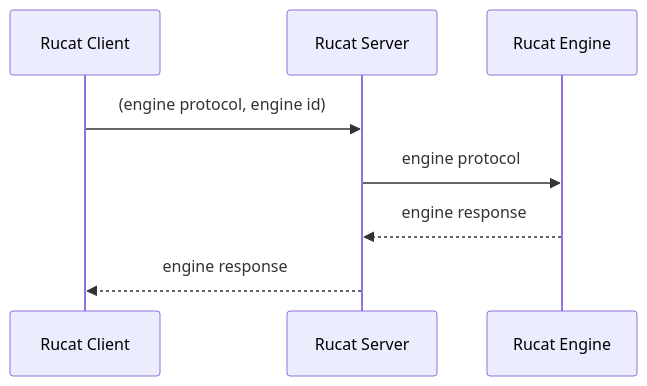
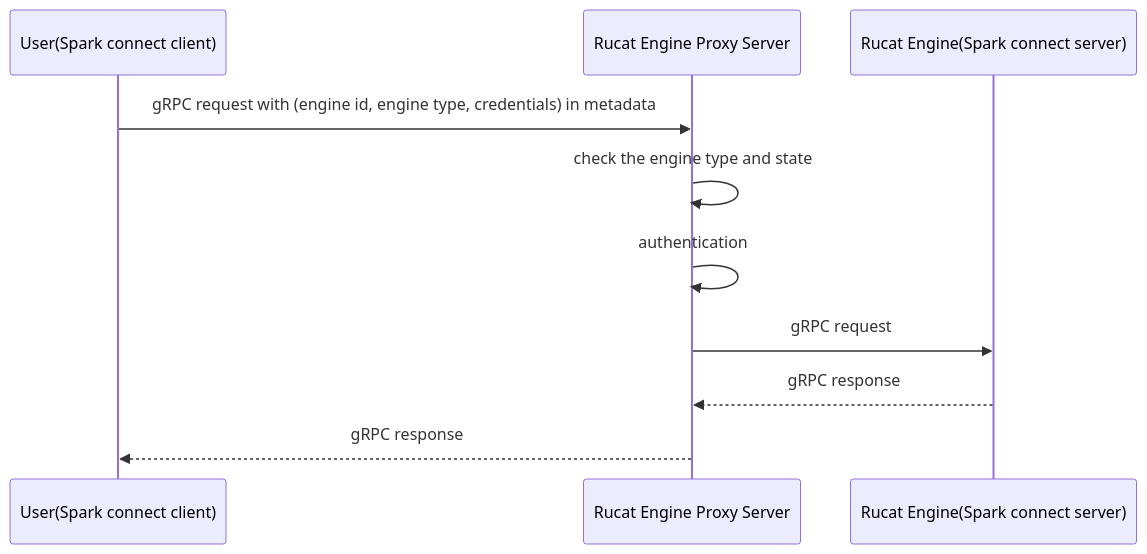
The third of 3 diagrams in README.md (HaoYang670/rucat), drawn with Mermaid before and after one commit. The commit also changed other lines of this file, not shown here.

Commit message:
rucat engine proxy design

````diff
--- a/README.md
+++ b/README.md
@@ -252,10 +77,12 @@
 ```mermaid
 sequenceDiagram
-    participant Client as Rucat Client
-    participant Server as Rucat Server
-    participant Engine as Rucat Engine
-    Client->>Server: (engine protocol, engine id)
-    Server->>Engine: engine protocol
-    Engine-->>Server: engine response
-    Server-->>Client: engine response
+    participant Client as User(Spark connect client)
+    participant Proxy as Rucat Engine Proxy Server
+    participant Engine as Rucat Engine(Spark connect server)
+    Client->>Proxy: gRPC request with (engine id, engine type, credentials) in metadata
+    Proxy->>Proxy: check the engine type and state
+    Proxy->>Proxy: authentication
+    Proxy->>Engine: gRPC request
+    Engine-->>Proxy: gRPC response
+    Proxy-->>Client: gRPC response
 ```
````
